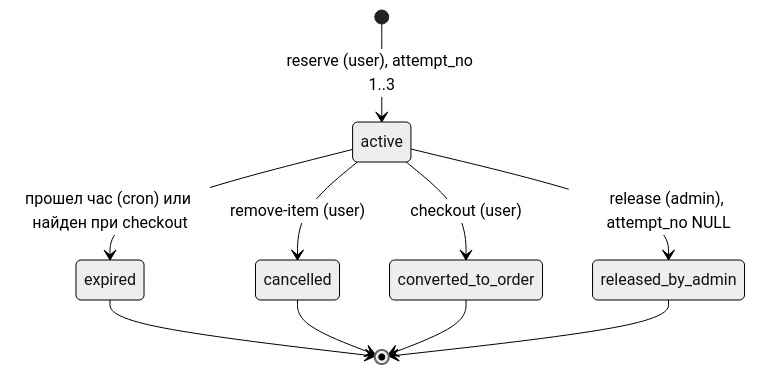
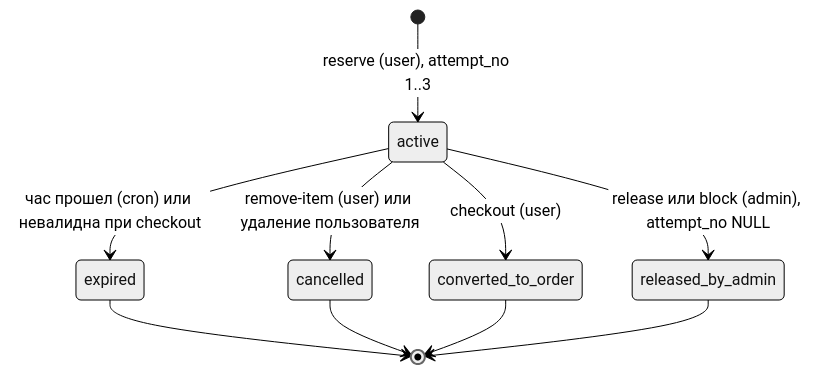
One commit to bomkot07/plan changed the second of 5 diagrams in docs/04-statuses.md. Above: the diagram before and after it, drawn with Mermaid (neutral theme). The commit also changed other lines of this file and 22 other files, not shown here.

First line of the commit message:
WIP: finish v2 code fixes, algorithms doc and schema/status/architecture docs

````diff
--- a/docs/04-statuses.md
+++ b/docs/04-statuses.md
@@ -219,12 +223,12 @@
 ```mermaid
 stateDiagram-v2
     [*] --> active : reserve (user), attempt_no 1..3
-    active --> expired : прошел час (cron) или найден при checkout
-    active --> cancelled : remove-item (user)
+    active --> expired : час прошел (cron) или невалидна при checkout
+    active --> cancelled : remove-item (user) или удаление пользователя
     active --> converted_to_order : checkout (user)
-    active --> released_by_admin : release (admin), attempt_no NULL
+    active --> released_by_admin : release или block (admin), attempt_no NULL
     expired --> [*]
     cancelled --> [*]
     converted_to_order --> [*]
     released_by_admin --> [*]
 ```
````
